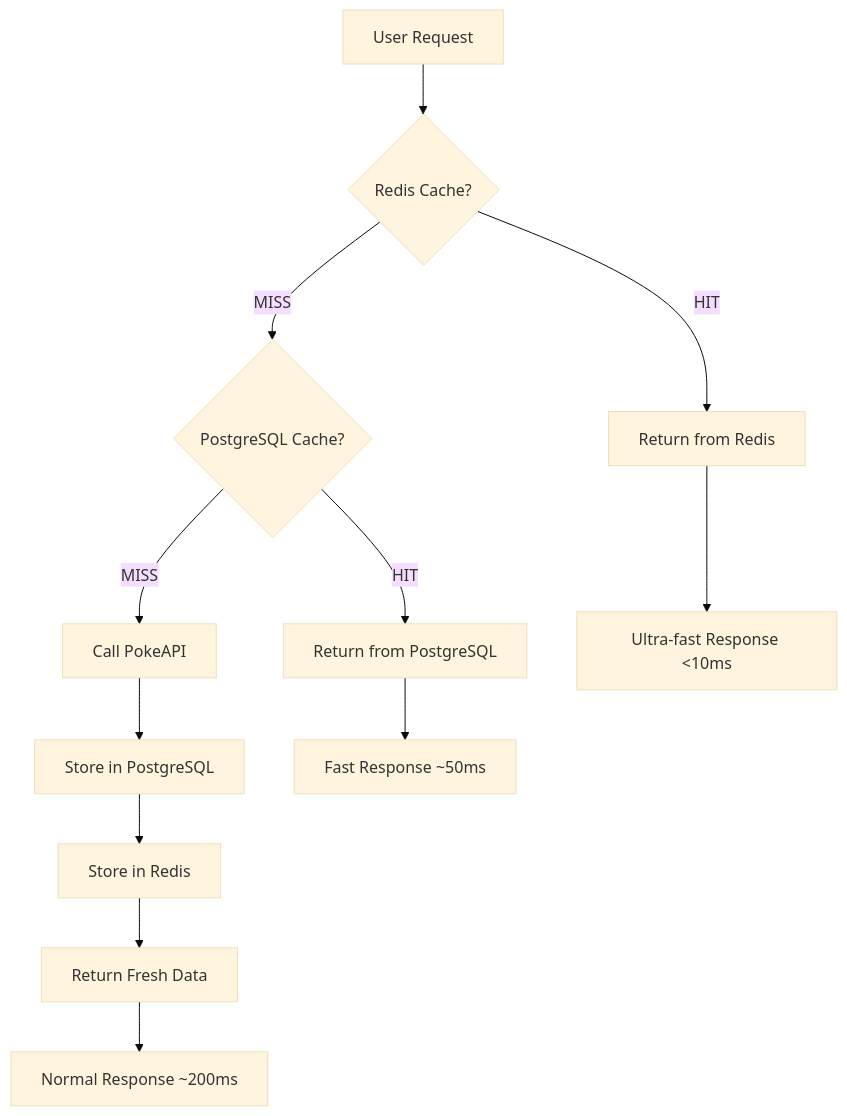
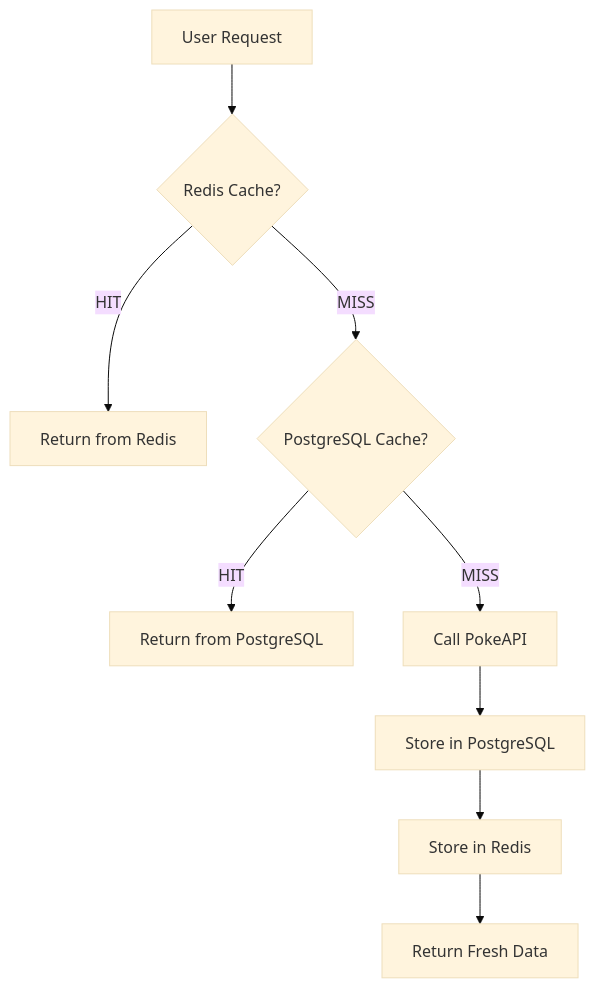
Before and after one commit to Drivakos/react-pokedex: the diagram in README.md, drawn with Mermaid (base theme). The commit also changed other lines of this file, not shown here.

````diff
--- a/README.md
+++ b/README.md
@@ -134,14 +57,11 @@
 ```mermaid
 graph TB
     A[User Request] --> B{Redis Cache?}
     B -->|HIT| C[Return from Redis]
     B -->|MISS| D{PostgreSQL Cache?}
     D -->|HIT| E[Return from PostgreSQL]
     D -->|MISS| F[Call PokeAPI]
     F --> G[Store in PostgreSQL]
     G --> H[Store in Redis]
     H --> I[Return Fresh Data]
-    C --> J[Ultra-fast Response <10ms]
-    E --> K[Fast Response ~50ms]
-    I --> L[Normal Response ~200ms]
 ```
````
